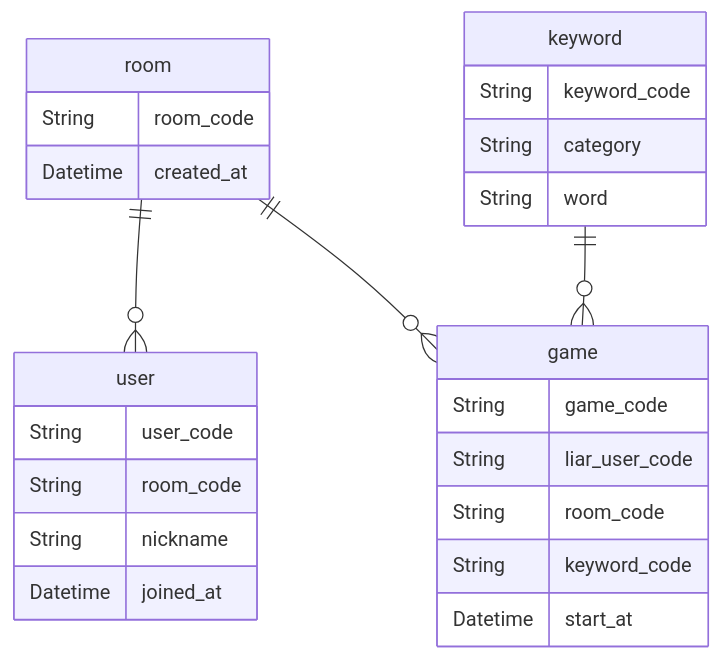
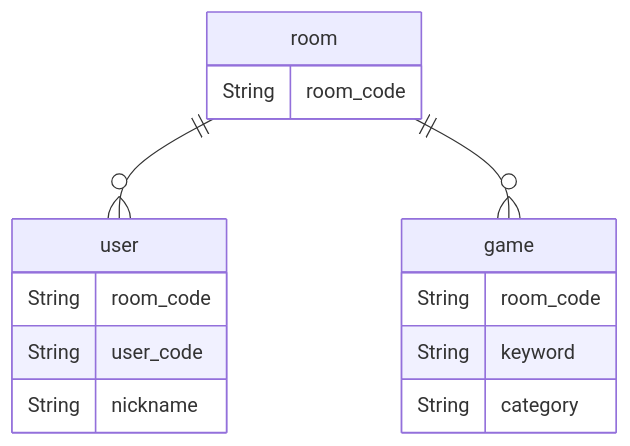
Before and after one commit to youngcha-lab/liar-game: the diagram in liar-game-app/docs/erd.md, drawn with Mermaid. The commit also changed 24 other files, not shown here.

````diff
--- a/liar-game-app/docs/erd.md
+++ b/liar-game-app/docs/erd.md
@@ -1,29 +1,19 @@
 ```mermaid
 erDiagram
 room {
    String room_code
-   Datetime created_at
 }
 user {
-   String user_code
-   String room_code
-   String nickname
-   Datetime joined_at
+    String room_code
+    String user_code
+    String nickname
 }
 game {
-    String game_code
-    String liar_user_code
     String room_code
-    String keyword_code
-    Datetime start_at
-}
-keyword {
-    String keyword_code
+    String keyword
     String category
-    String word
 }
 
 room ||--o{ user : ""
 room ||--o{ game : ""
-keyword ||--o{ game : ""
 ```
````
